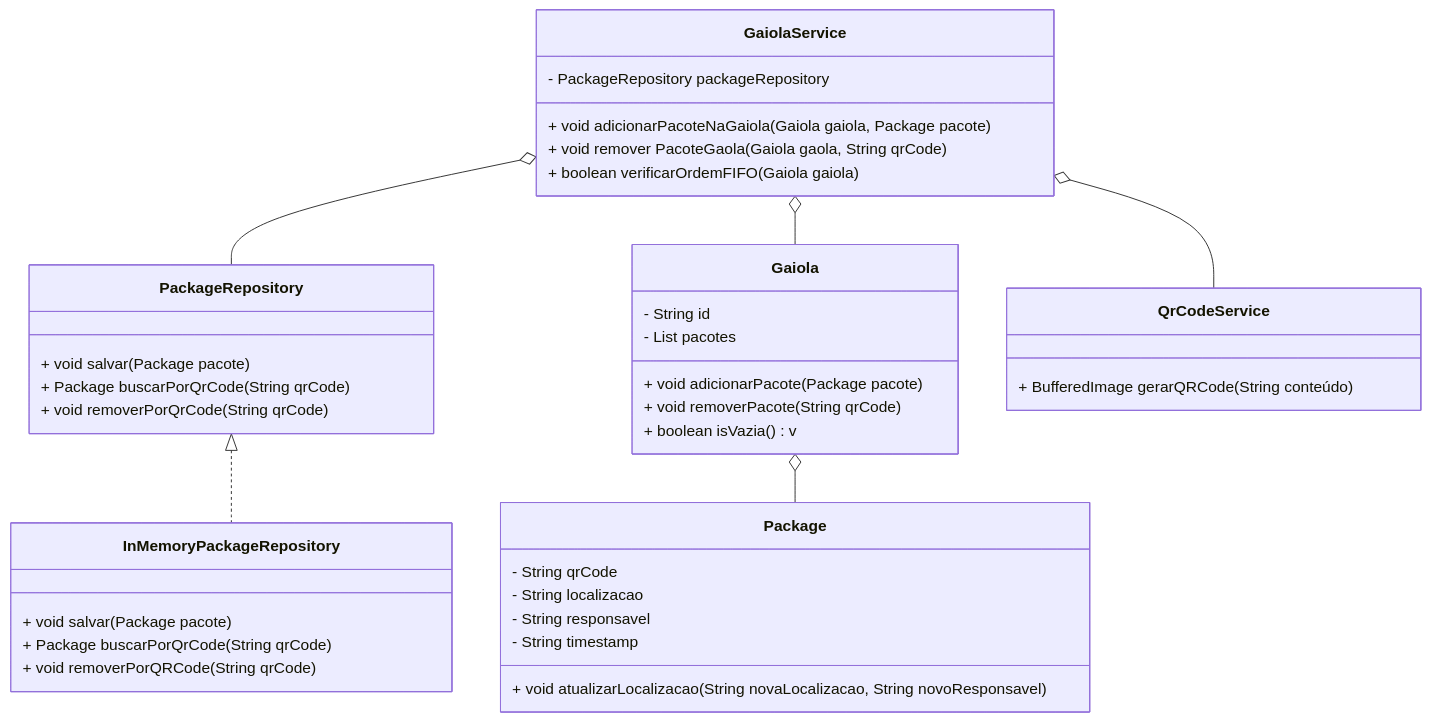
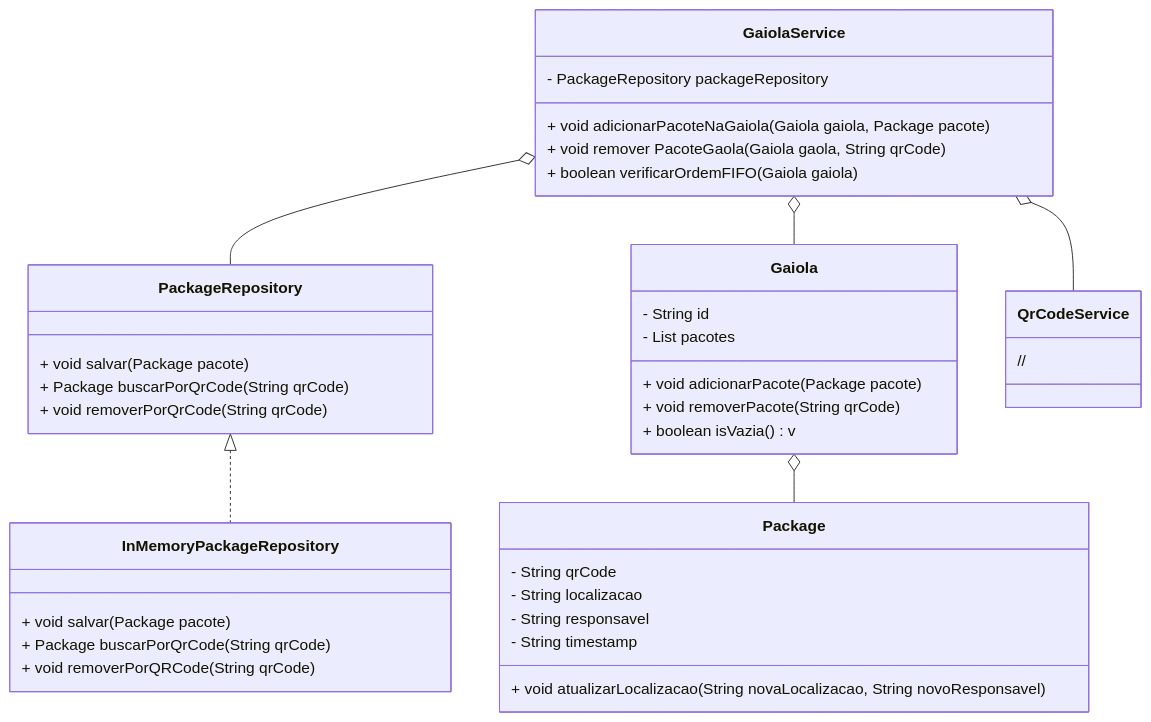
One commit to pmd1308/Rastreio-de-produtos-Interno changed the diagram in README.md. Above: the diagram before and after it, drawn with Mermaid.

````diff
--- a/README.md
+++ b/README.md
@@ -21,47 +21,47 @@
 ```mermaid
 classDiagram
     class Package {
         - String qrCode
         - String localizacao
         - String responsavel
         - String timestamp
         + void atualizarLocalizacao(String novaLocalizacao, String novoResponsavel)
     }
 
     class Gaiola {
         - String id
         - List<Package> pacotes 
         + void adicionarPacote(Package pacote)
         + void removerPacote(String qrCode)
         + boolean isVazia()v
     }
 
     class PackageRepository {
         + void salvar(Package pacote)
         + Package buscarPorQrCode(String qrCode)
         + void removerPorQrCode(String qrCode)
     }
 
     class InMemoryPackageRepository {
         + void salvar(Package pacote)
         + Package buscarPorQrCode(String qrCode)
         + void removerPorQRCode(String qrCode)
     }
 
     class QrCodeService {
-        + BufferedImage gerarQRCode(String conteúdo)
+        // 
     }
 
     class GaiolaService {
         - PackageRepository packageRepository
         + void adicionarPacoteNaGaiola(Gaiola gaiola, Package pacote)
         + void remover PacoteGaola(Gaiola gaola, String qrCode)
         + boolean verificarOrdemFIFO(Gaiola gaiola)
     }
 
     PackageRepository <|.. InMemoryPackageRepository
     GaiolaService o-- PackageRepository
     GaiolaService o-- Gaiola
     Gaiola o-- Package
     GaiolaService o-- QrCodeService
 ```
````
